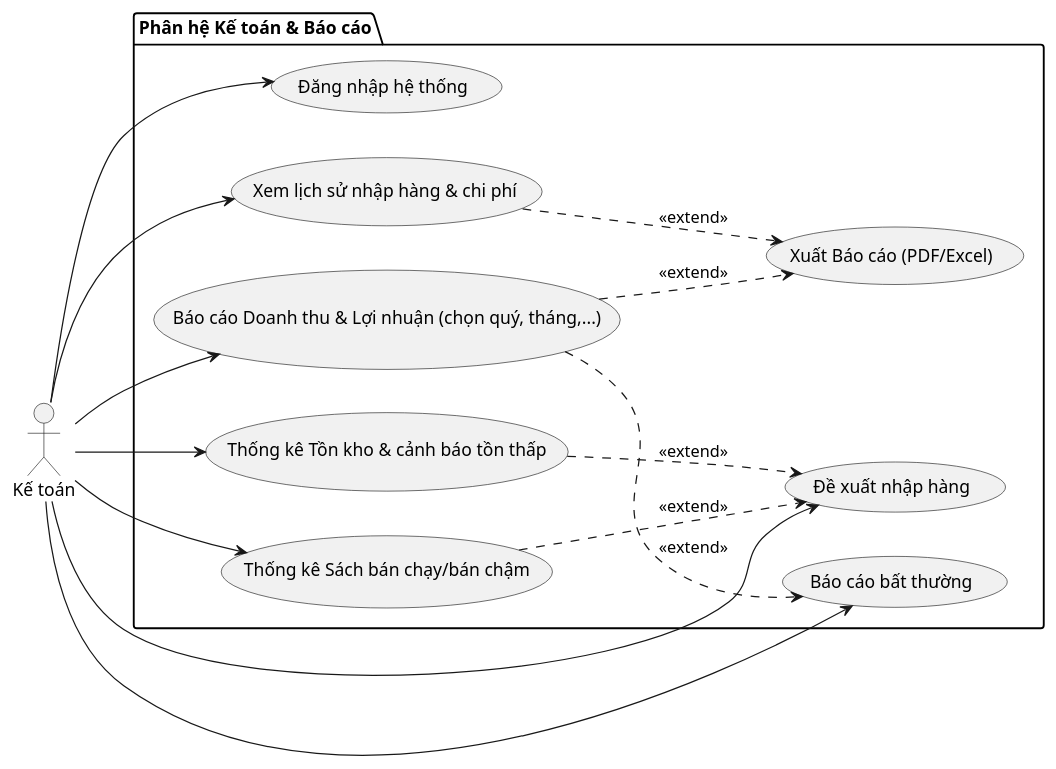
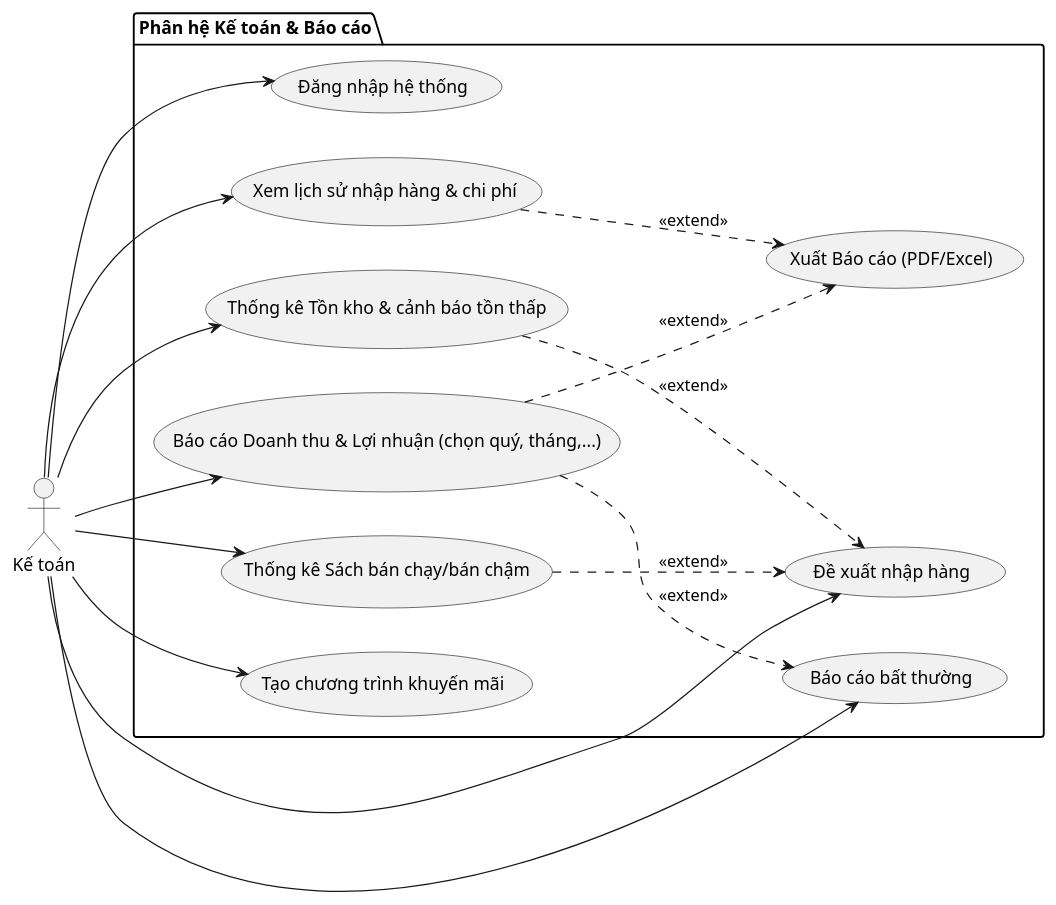
One commit to Kh0anh/QuanLyNhaSach changed the diagram in docs/use case/actor Kế toán.plantuml. Above: the diagram before and after it, drawn with PlantUML. The commit also changed 6 other files, not shown here.

```diff
--- a/docs/use case/actor Kế toán.plantuml
+++ b/docs/use case/actor Kế toán.plantuml
@@ -1,29 +1,31 @@
 @startuml
 left to right direction
 actor "Kế toán" as KT
 
 package "Phân hệ Kế toán & Báo cáo" {
     usecase "Đăng nhập hệ thống" as UC_Login
     usecase "Báo cáo Doanh thu & Lợi nhuận (chọn quý, tháng,...)" as UC_BaoCao
     usecase "Thống kê Tồn kho & cảnh báo tồn thấp" as UC_TonKho
     usecase "Thống kê Sách bán chạy/bán chậm" as UC_BanChay
     usecase "Xem lịch sử nhập hàng & chi phí" as UC_LichSuNhap
     usecase "Xuất Báo cáo (PDF/Excel)" as UC_XuatBaoCao
     usecase "Đề xuất nhập hàng" as UC_DeXuatNhap
     usecase "Báo cáo bất thường" as UC_BaoCaoBatThuong
+    usecase "Tạo chương trình khuyến mãi" as UC_KhuyenMai
 }
 
 KT --> UC_Login
 KT --> UC_BaoCao
 KT --> UC_TonKho
 KT --> UC_BanChay
 KT --> UC_LichSuNhap
 KT --> UC_DeXuatNhap
 KT --> UC_BaoCaoBatThuong
+KT --> UC_KhuyenMai
 
 UC_BaoCao ..> UC_XuatBaoCao : <<extend>>
 UC_LichSuNhap ..> UC_XuatBaoCao : <<extend>>
 UC_TonKho ..> UC_DeXuatNhap : <<extend>>
 UC_BanChay ..> UC_DeXuatNhap : <<extend>>
 UC_BaoCao ..> UC_BaoCaoBatThuong : <<extend>>
 @enduml
```
